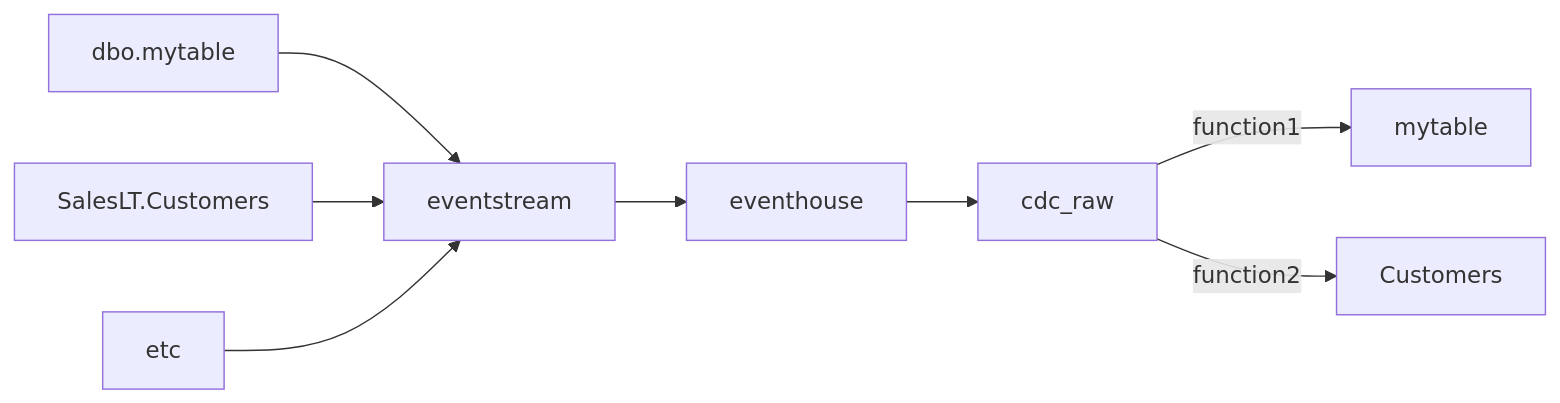
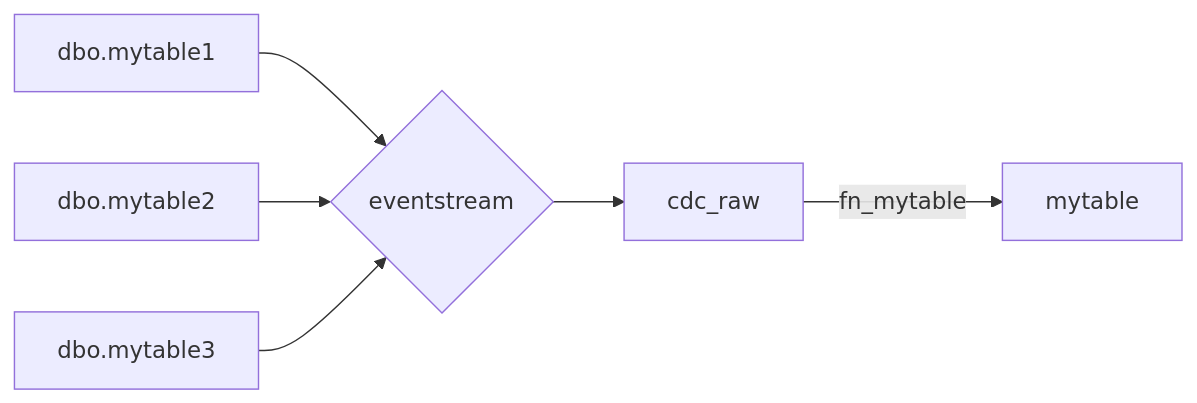
The diagram in README.md (hfleitas/bigtuna), drawn with Mermaid before and after one commit. The commit also changed other lines of this file, not shown here.

````diff
--- a/README.md
+++ b/README.md
@@ -11,10 +9,8 @@
 ```mermaid
-graph LR;
-dbo.mytable-->eventstream;
-SalesLT.Customers-->eventstream;
-etc-->eventstream;
-eventstream-->eventhouse;
-eventhouse-->cdc_raw;
-cdc_raw-->|function1| mytable;
-cdc_raw-->|function2| Customers;
+graph LR
+   dbo.mytable1-->es
+   dbo.mytable2-->es
+   dbo.mytable3-->es
+   es{eventstream}-->cdc_raw
+   cdc_raw-->|fn_mytable| mytable
 ```
````
